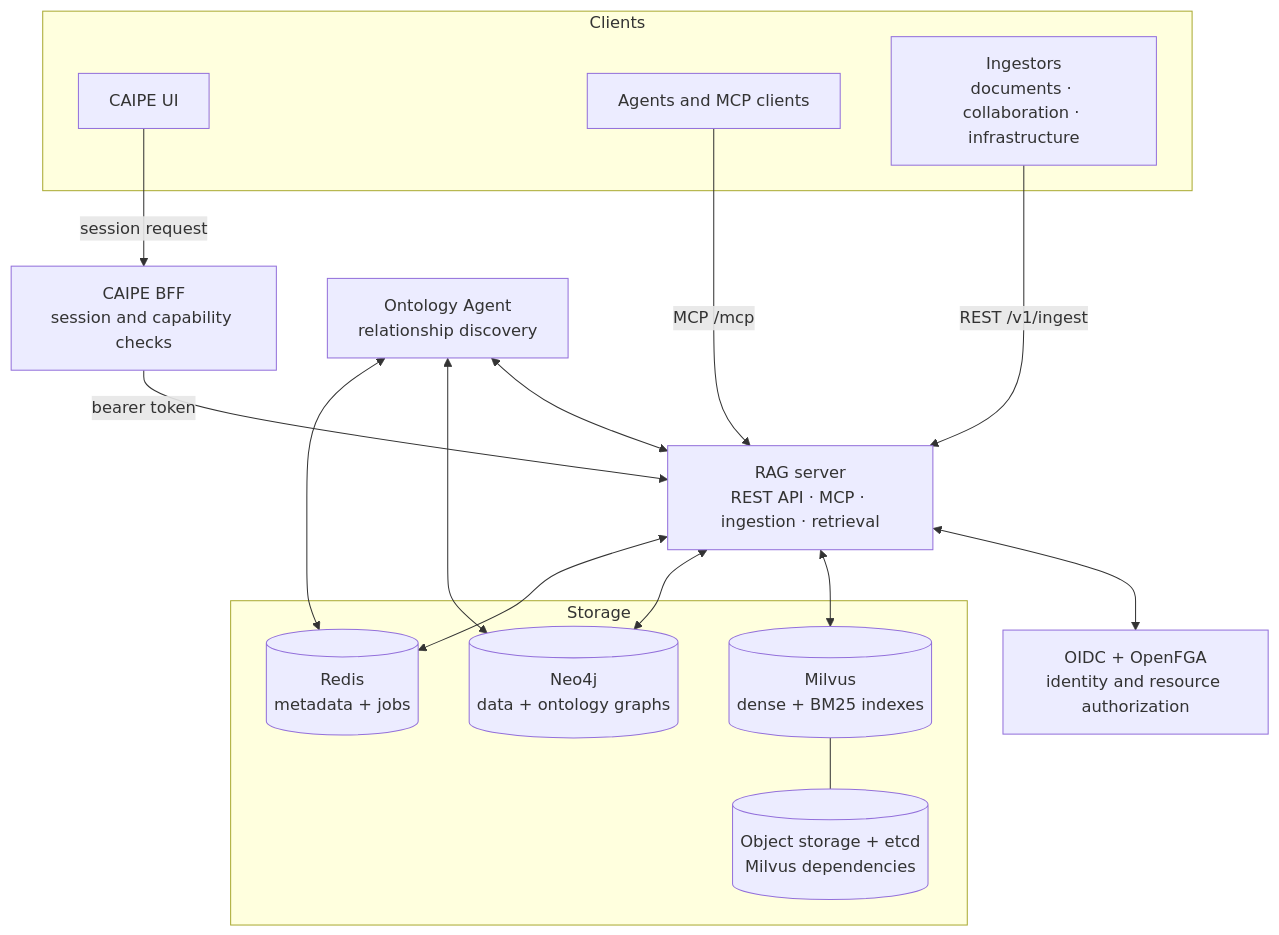
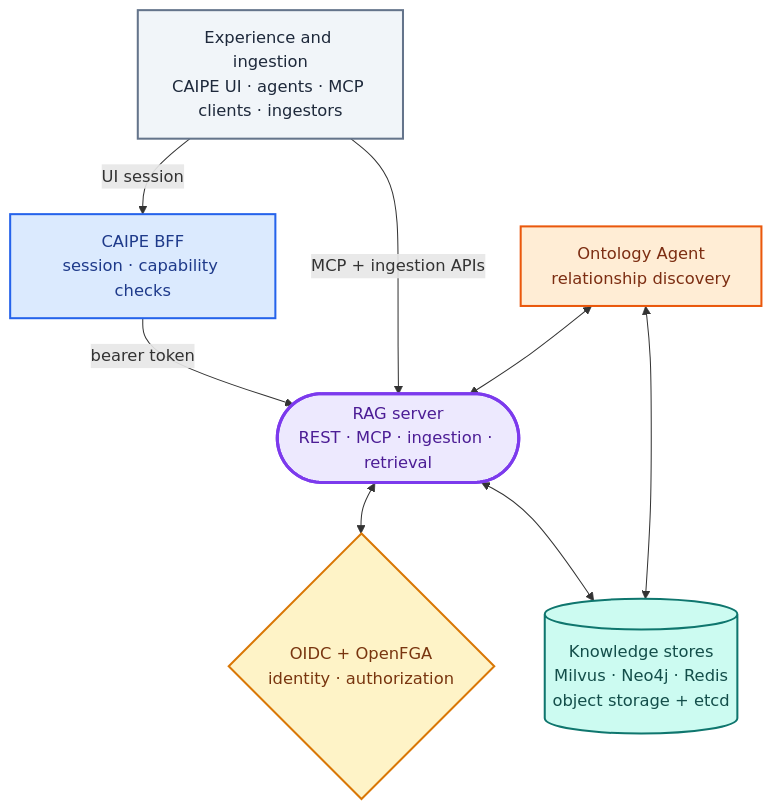
The first of 4 diagrams in docs/docs/knowledge_bases/architecture.md (cnoe-io/ai-platform-engineering), drawn with Mermaid before and after one commit. The commit also changed other lines of this file and 3 other files, not shown here.

Commit message:
docs(features): improve feature diagrams

````diff
--- a/docs/docs/knowledge_bases/architecture.md
+++ b/docs/docs/knowledge_bases/architecture.md
@@ -10,33 +10,30 @@
 ```mermaid
 flowchart TB
-  subgraph Clients
-    UI["CAIPE UI"]
-    AG["Agents and MCP clients"]
-    ING["Ingestors<br/>documents · collaboration · infrastructure"]
-  end
+  ENTRY["Experience and ingestion<br/>CAIPE UI · agents · MCP clients · ingestors"]
+  BFF["CAIPE BFF<br/>session · capability checks"]
+  RAG(["RAG server<br/>REST · MCP · ingestion · retrieval"])
+  AUTH{"OIDC + OpenFGA<br/>identity · authorization"}
+  ONT["Ontology Agent<br/>relationship discovery"]
+  DATA[("Knowledge stores<br/>Milvus · Neo4j · Redis<br/>object storage + etcd")]
 
-  BFF["CAIPE BFF<br/>session and capability checks"]
-  RAG["RAG server<br/>REST API · MCP · ingestion · retrieval"]
-  AUTH["OIDC + OpenFGA<br/>identity and resource authorization"]
-  ONT["Ontology Agent<br/>relationship discovery"]
+  ENTRY -->|"UI session"| BFF -->|"bearer token"| RAG
+  ENTRY -->|"MCP + ingestion APIs"| RAG
+  RAG <--> AUTH
+  RAG <--> DATA
+  ONT <--> RAG
+  ONT <--> DATA
 
-  subgraph Storage
-    MIL[("Milvus<br/>dense + BM25 indexes")]
-    NEO[("Neo4j<br/>data + ontology graphs")]
-    REDIS[("Redis<br/>metadata + jobs")]
-    OBJ[("Object storage + etcd<br/>Milvus dependencies")]
-  end
+  classDef client fill:#f1f5f9,stroke:#64748b,color:#1e293b,stroke-width:2px
+  classDef gateway fill:#dbeafe,stroke:#2563eb,color:#1e3a8a,stroke-width:2px
+  classDef hub fill:#ede9fe,stroke:#7c3aed,color:#4c1d95,stroke-width:3px
+  classDef policy fill:#fef3c7,stroke:#d97706,color:#78350f,stroke-width:2px
+  classDef agent fill:#ffedd5,stroke:#ea580c,color:#7c2d12,stroke-width:2px
+  classDef store fill:#ccfbf1,stroke:#0f766e,color:#134e4a,stroke-width:2px
 
-  UI -->|"session request"| BFF
-  BFF -->|"bearer token"| RAG
-  AG -->|"MCP /mcp"| RAG
-  ING -->|"REST /v1/ingest"| RAG
-  RAG <--> AUTH
-  RAG <--> MIL
-  RAG <--> NEO
-  RAG <--> REDIS
-  MIL --- OBJ
-  ONT <--> RAG
-  ONT <--> NEO
-  ONT <--> REDIS
+  class ENTRY client
+  class BFF gateway
+  class RAG hub
+  class AUTH policy
+  class ONT agent
+  class DATA store
 ```
````
